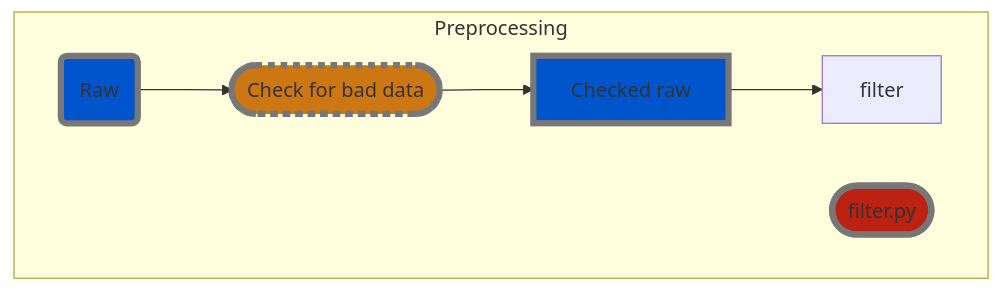
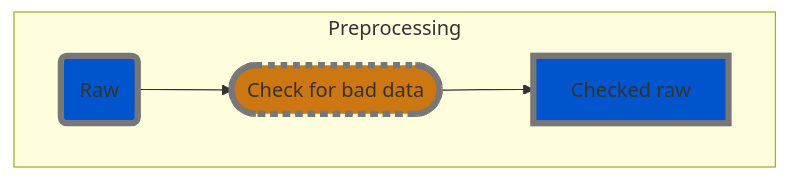
One commit to hiroyoshi-yamasaki/MNE-MVPA changed the diagram in README.md. Above: the diagram before and after it, drawn with Mermaid.

Commit message:
mermaid not working on github

````diff
--- a/README.md
+++ b/README.md
@@ -4,26 +4,26 @@
 ```mermaid
 graph TD
     %% Processes
     classDef automatic_process fill: #b21, stroke-width: 5px, stroke: #777
     classDef manual_process fill: #c71, stroke-width: 5px, stroke: #777, stroke-dasharray: 5, 5;
     
     %% Data
     classDef mne_data fill: #05c, stroke-width: 5px, stroke: #777
     classDef event_data fill: #260, stroke-width: 5px, stroke: #777
     classDef other_data fill: #55c, stroke-width: 5px, stroke: #777
 
     %% Preprocessing MEG data
     subgraph "Preprocessing"
     
         %% Manual check for bad channels, artefacts etc.
         raw_data("Raw"):::mne_data --> check_raw(["Check for bad data"]):::manual_process;
-        check_raw --> checked_raw["Checked raw"]:::mne_data
+        check_raw --> checked_raw["Checked raw"]:::mne_data;
     
-        checked_raw --> filter; %%(["filter.py"]):::automatic_process;
+        %%checked_raw --> filter; %%(["filter.py"]):::automatic_process;
         %%filter --> filtered_raw("Filtered raw"):::mne_data;
         
         
         
     end
     
 ```
````
